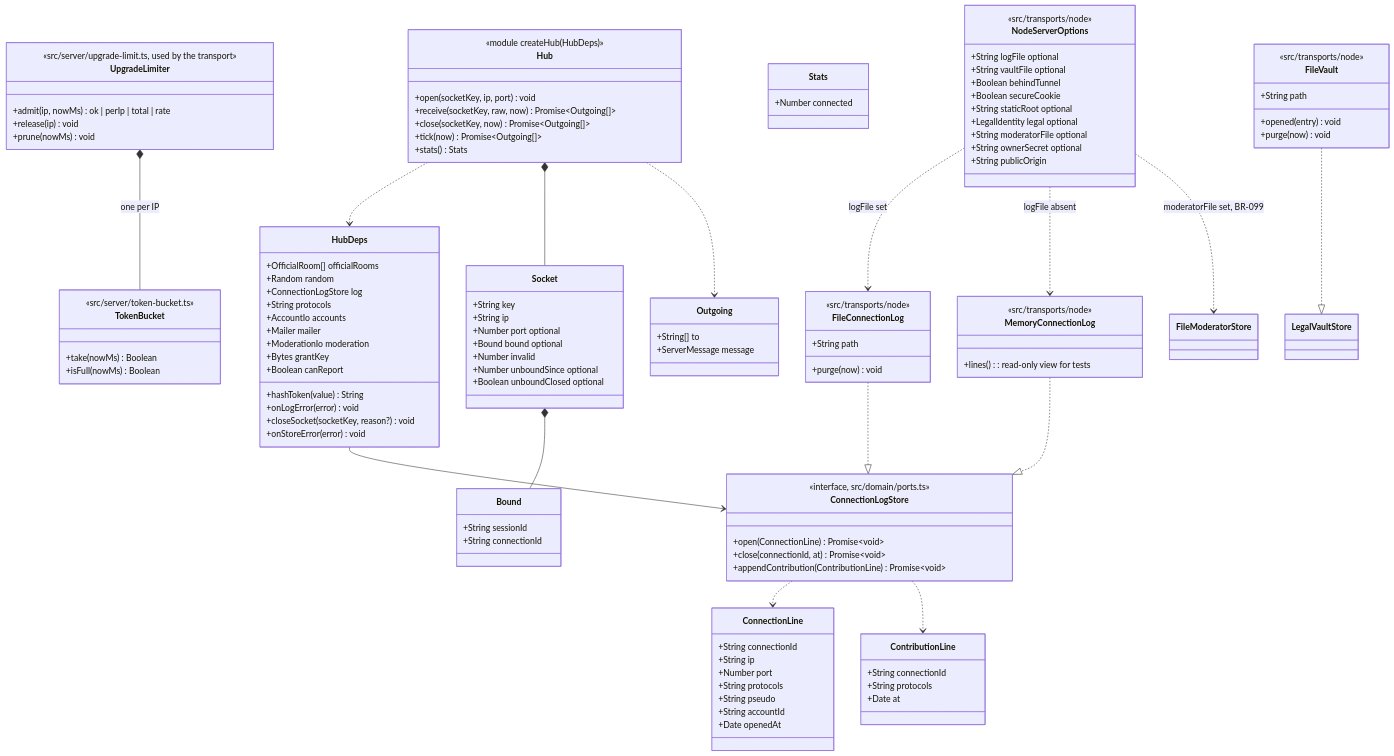
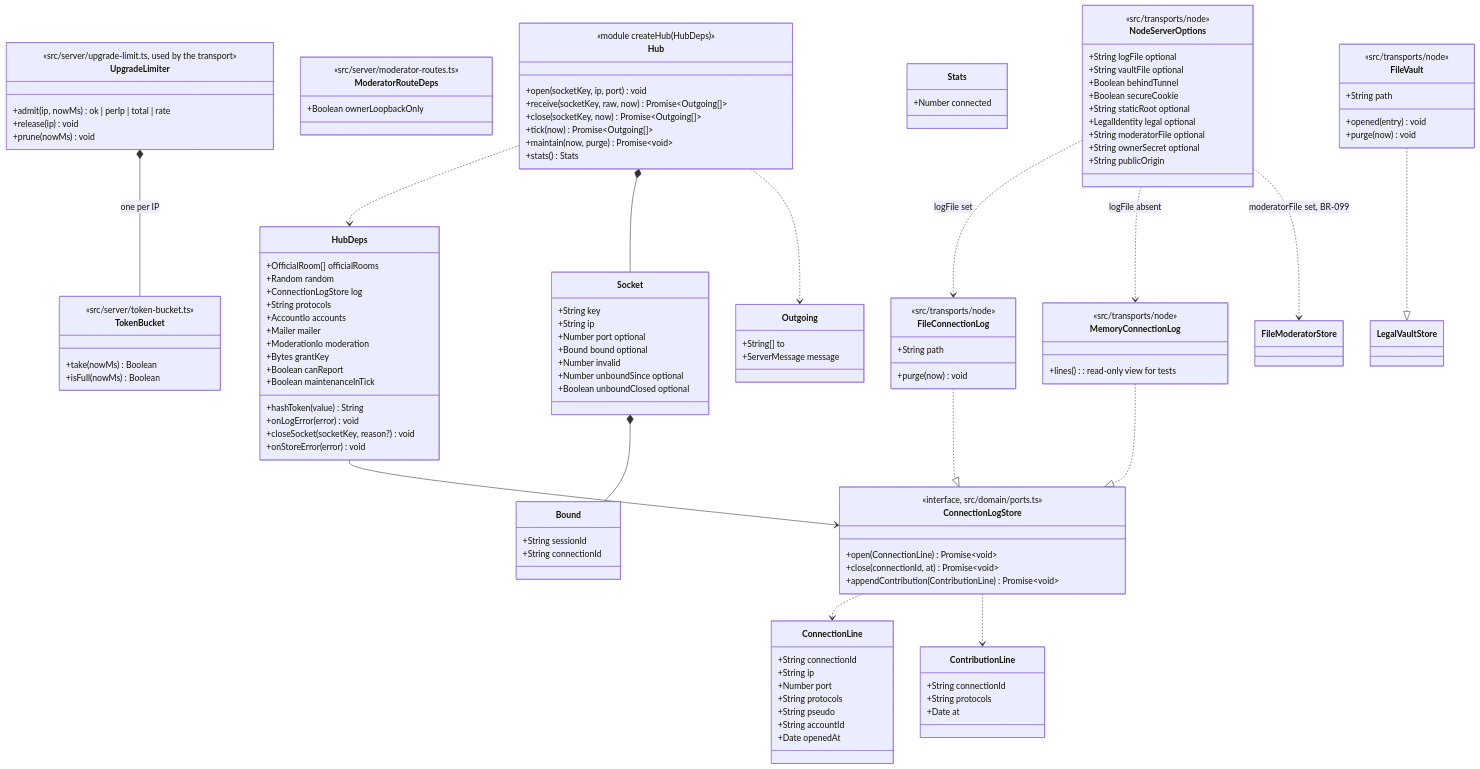
One commit to benoit-bremaud/asv changed the first of 2 diagrams in docs/architecture/diagrams/platform/04c-class-server-hub.md. Above: the diagram before and after it, drawn with Mermaid. The commit also changed other lines of this file and 1 other file, not shown here.

Commit message:
docs(platform): put pending statements and hub maintenance in the class diagrams (9b)

```diff
--- a/docs/architecture/diagrams/platform/04c-class-server-hub.md
+++ b/docs/architecture/diagrams/platform/04c-class-server-hub.md
@@ -23,6 +23,7 @@
     +receive(socketKey, raw, now) Promise~Outgoing[]~
     +close(socketKey, now) Promise~Outgoing[]~
     +tick(now) Promise~Outgoing[]~
+    +maintain(now, purge) Promise~void~
     +stats() Stats
   }
   class HubDeps {
@@ -39,6 +40,11 @@
     +ModerationIo moderation
     +Bytes grantKey
     +Boolean canReport
+    +Boolean maintenanceInTick
+  }
+  class ModeratorRouteDeps {
+    <<src/server/moderator-routes.ts>>
+    +Boolean ownerLoopbackOnly
   }
   class ConnectionLogStore {
     <<interface, src/domain/ports.ts>>
```
